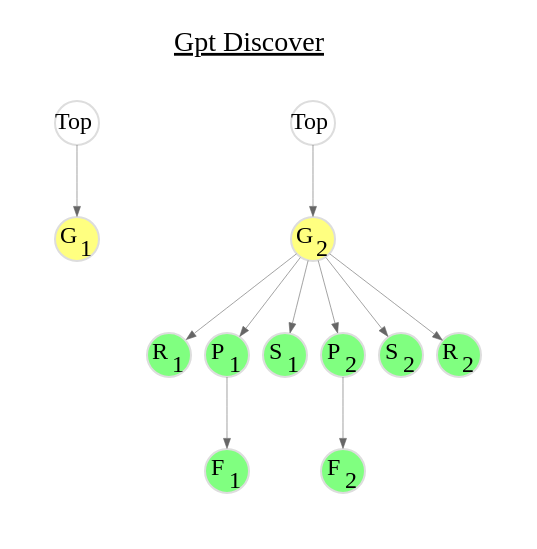
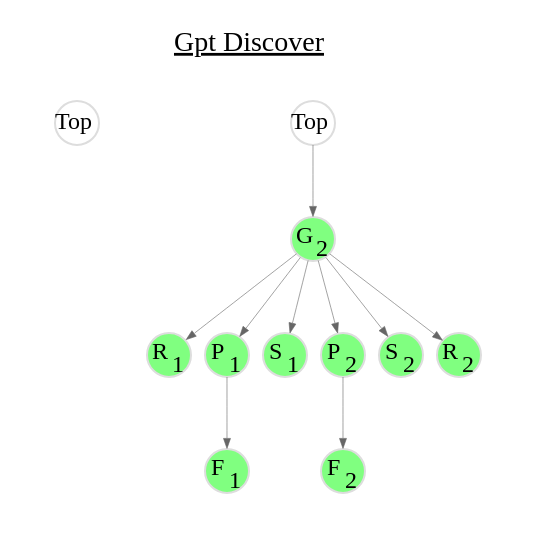
One commit to flatcap/dparted changed the diagram in docs/rcu/1_gpt_discover.gv. Above: the diagram before and after it, drawn with Graphviz. The commit also changed 2 other files, not shown here.

```diff
--- a/docs/rcu/1_gpt_discover.gv
+++ b/docs/rcu/1_gpt_discover.gv
@@ -1,66 +1,63 @@
 digraph gpt_discover {
 	graph [
 		rankdir="TB"
 		bgcolor="white"
 		color="white"
 		nodesep="0.1"
 		ranksep="0.5"
 		labelloc="t"
 		label=<<U>Gpt Discover</U>>
 	];
 
 	node [
 		fontsize="12"
 		style="solid"
 		width="0.3"
 		height="0.3"
 		fixedsize="true"
 		penwidth="1.0"
 		color="#DDDDDD"
 	];
 
 	edge [
 		penwidth="0.3"
 		color="#666666"
 		arrowsize="0.5"
 	];
 
 
 	subgraph cluster1 {
 		color=transparent;
 		labelloc="t"
 		label=""
 
 		a_Top [ label=<Top>                                              ];
-		a_G1  [ label=<G<SUB>1</SUB>> style="filled" fillcolor="#ffff80" ];
-
-		a_Top -> a_G1;
 	}
 
 	subgraph cluster2 {
 		color=transparent;
 		labelloc="t"
 		label=""
 
 		b_Top [ label=<Top>                                              ];
-		b_G1  [ label=<G<SUB>2</SUB>> style="filled" fillcolor="#ffff80" ];
+		b_G1  [ label=<G<SUB>2</SUB>> style="filled" fillcolor="#80ff80" ];
 		b_R1  [ label=<R<SUB>1</SUB>> style="filled" fillcolor="#80ff80" ];
 		b_P1  [ label=<P<SUB>1</SUB>> style="filled" fillcolor="#80ff80" ];
 		b_F1  [ label=<F<SUB>1</SUB>> style="filled" fillcolor="#80ff80" ];
 		b_S1  [ label=<S<SUB>1</SUB>> style="filled" fillcolor="#80ff80" ];
 		b_P2  [ label=<P<SUB>2</SUB>> style="filled" fillcolor="#80ff80" ];
 		b_F2  [ label=<F<SUB>2</SUB>> style="filled" fillcolor="#80ff80" ];
 		b_S2  [ label=<S<SUB>2</SUB>> style="filled" fillcolor="#80ff80" ];
 		b_R2  [ label=<R<SUB>2</SUB>> style="filled" fillcolor="#80ff80" ];
 
 		b_Top -> b_G1;
 		b_G1 -> b_R1;
 		b_G1 -> b_P1;
 		b_G1 -> b_S1;
 		b_G1 -> b_P2;
 		b_G1 -> b_S2;
 		b_G1 -> b_R2;
 		b_P1 -> b_F1;
 		b_P2 -> b_F2;
 	}
 }
```
